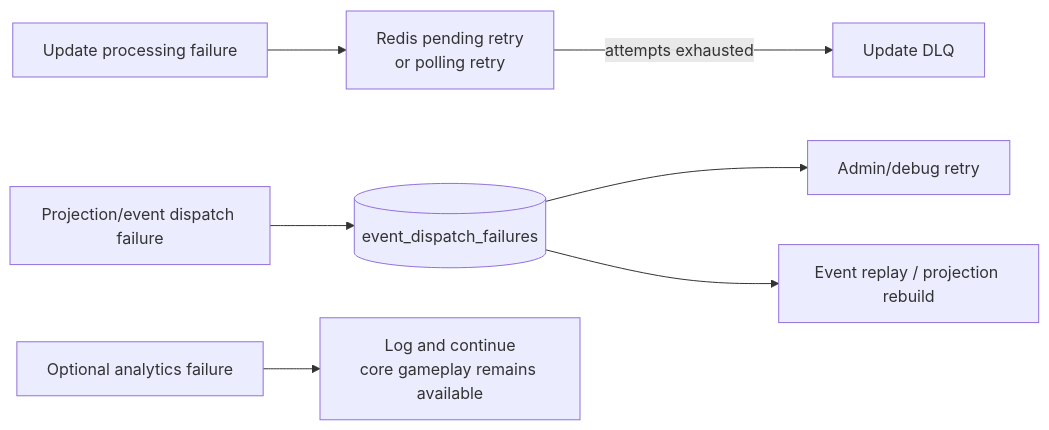
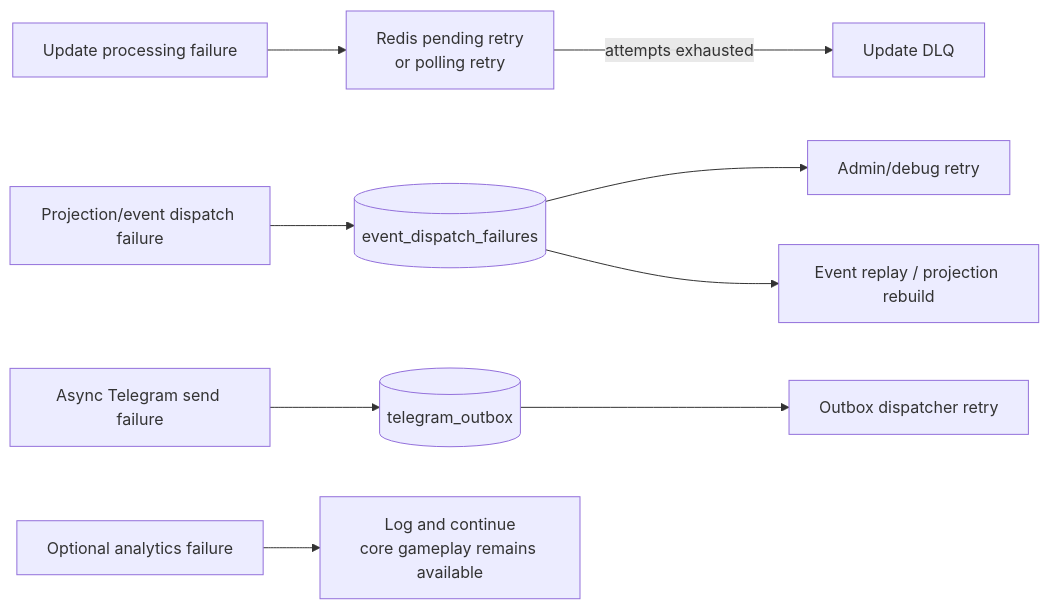
Before and after one commit to cpp20120/CazinoShiz: diagram 18 of 19 in docs/arch.md, drawn with Mermaid. The commit also changed other lines of this file and 1 other file, not shown here.

Commit message:
Update architecture docs

````diff
--- a/docs/arch.md
+++ b/docs/arch.md
@@ -554,20 +584,25 @@
 ```mermaid
 flowchart LR
     updateFailure["Update processing failure"]
     eventFailure["Projection/event dispatch failure"]
+    telegramFailure["Async Telegram send failure"]
     infraFailure["Optional analytics failure"]
 
     updateRetry["Redis pending retry<br/>or polling retry"]
     updateDlq["Update DLQ"]
     failureStore[("event_dispatch_failures")]
+    telegramOutbox[("telegram_outbox")]
     retry["Admin/debug retry"]
     replay["Event replay / projection rebuild"]
+    telegramRetry["Outbox dispatcher retry"]
     graceful["Log and continue<br/>core gameplay remains available"]
 
     updateFailure --> updateRetry
     updateRetry -->|"attempts exhausted"| updateDlq
     eventFailure --> failureStore
     failureStore --> retry
     failureStore --> replay
+    telegramFailure --> telegramOutbox
+    telegramOutbox --> telegramRetry
     infraFailure --> graceful
 ```
````
